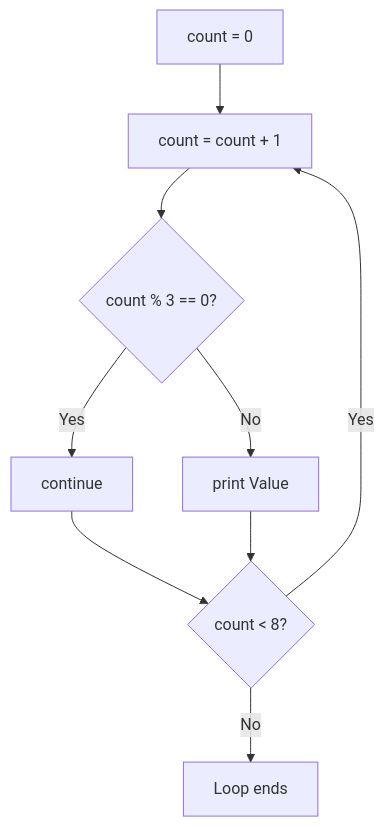
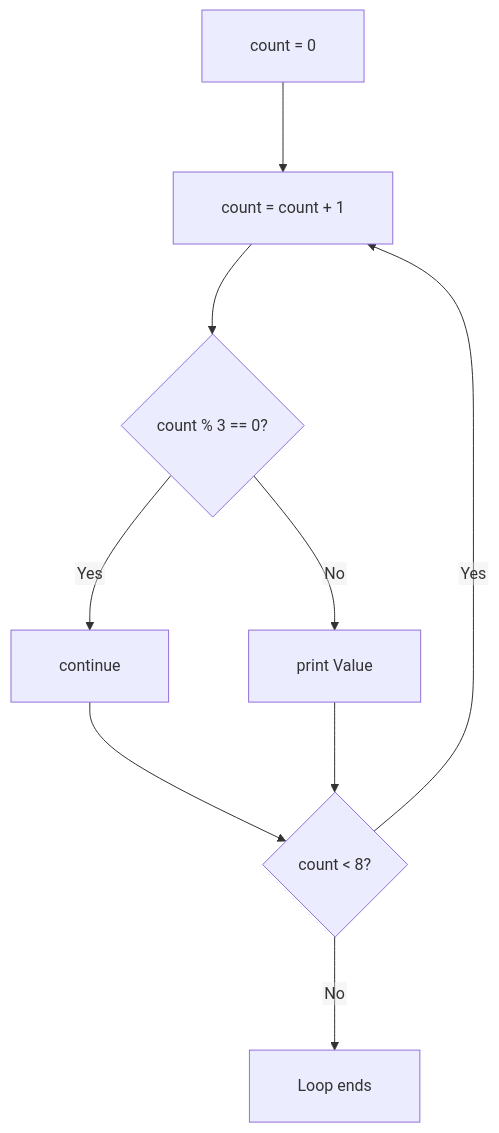
Before and after one commit to ABVenu/salcurriculum: the third of 6 diagrams in SAL-2026/Python Basics - English/S04/NotesPresentation.md, drawn with Mermaid. The commit also changed other lines of this file and 820 other files, not shown here.

````diff
--- a/SAL-2026/Python Basics - English/S04/NotesPresentation.md
+++ b/SAL-2026/Python Basics - English/S04/NotesPresentation.md
@@ -173,11 +418,12 @@
 ```mermaid
+%%{init: {"flowchart": {"htmlLabels": false, "curve": "basis", "padding": 24, "nodeSpacing": 80, "rankSpacing": 90, "diagramPadding": 48}}}%%
 flowchart TB
-    S[count = 0] --> U[count = count + 1]
-    U --> C{count % 3 == 0?}
-    C -->|Yes| K[continue]
-    K --> T{count < 8?}
-    C -->|No| P[print Value]
+    S["  count = 0  "] --> U["  count = count + 1  "]
+    U --> C{"  count % 3 == 0?  "}
+    C -->|"  Yes  "| K["  continue  "]
+    K --> T{"  count < 8?  "}
+    C -->|"  No  "| P["  print Value  "]
     P --> T
-    T -->|Yes| U
-    T -->|No| E[Loop ends]
+    T -->|"  Yes  "| U
+    T -->|"  No  "| E["  Loop ends  "]
 ```
````
